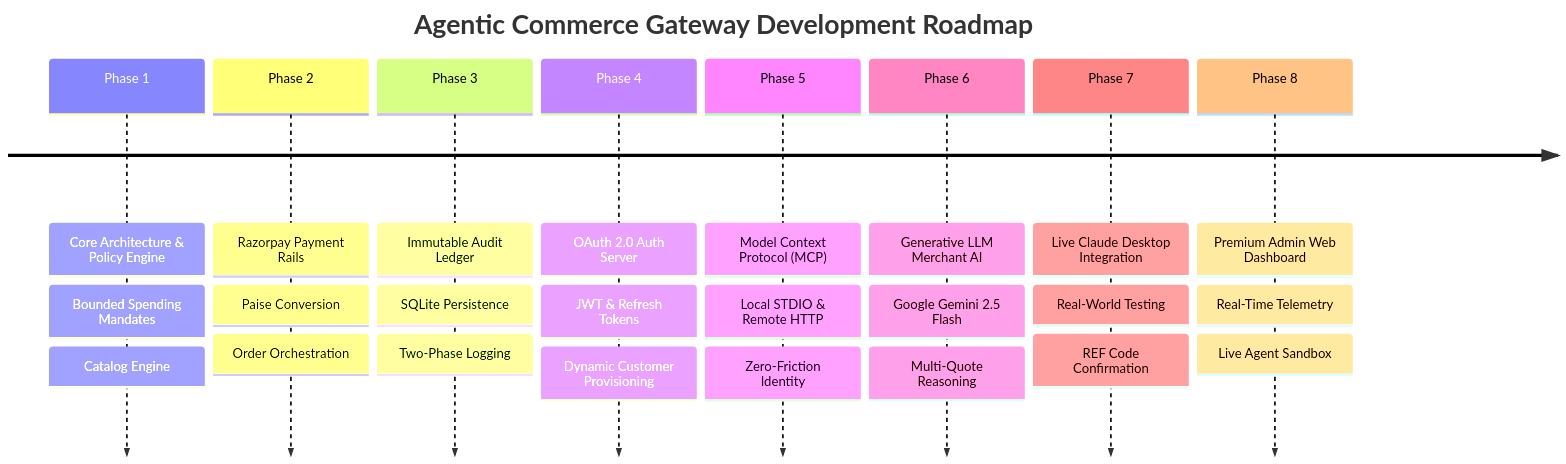
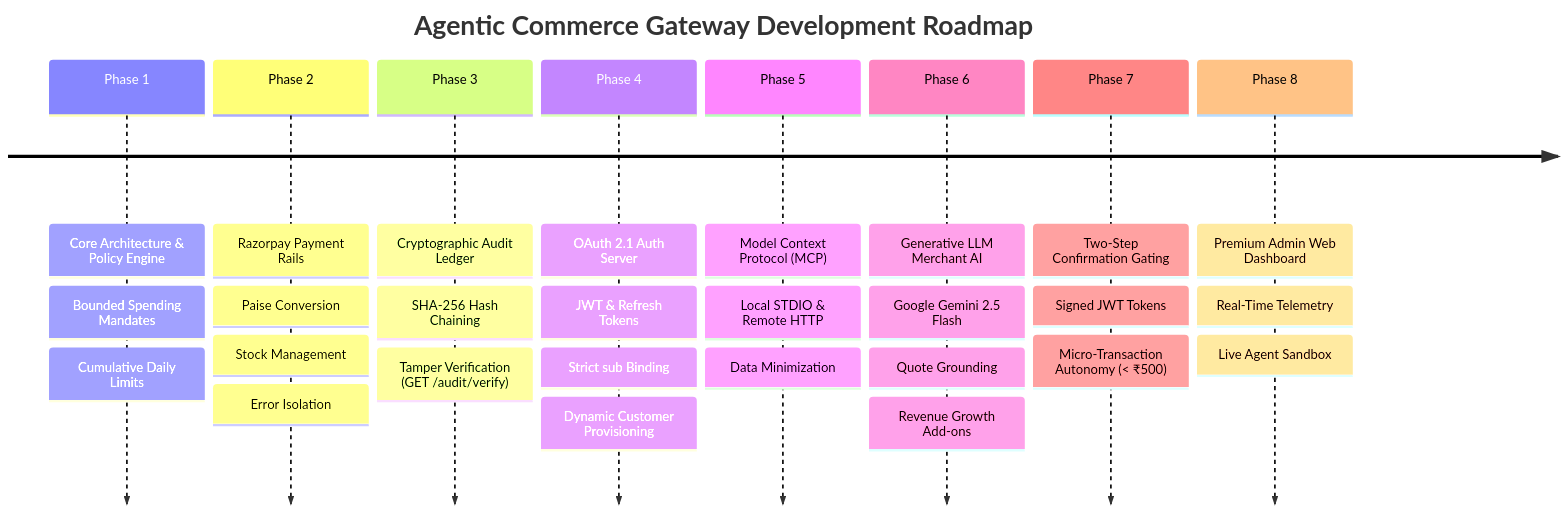
One commit to dinesh121005/RazorPay changed the first of 2 diagrams in PROJECT_REPORT.md. Above: the diagram before and after it, drawn with Mermaid. The commit also changed other lines of this file and 33 other files, not shown here.

````diff
--- a/PROJECT_REPORT.md
+++ b/PROJECT_REPORT.md
@@ -28,12 +31,12 @@
 ```mermaid
 timeline
     title Agentic Commerce Gateway Development Roadmap
-    Phase 1 : Core Architecture & Policy Engine : Bounded Spending Mandates : Catalog Engine
-    Phase 2 : Razorpay Payment Rails : Paise Conversion : Order Orchestration
-    Phase 3 : Immutable Audit Ledger : SQLite Persistence : Two-Phase Logging
-    Phase 4 : OAuth 2.0 Auth Server : JWT & Refresh Tokens : Dynamic Customer Provisioning
-    Phase 5 : Model Context Protocol (MCP) : Local STDIO & Remote HTTP : Zero-Friction Identity
-    Phase 6 : Generative LLM Merchant AI : Google Gemini 2.5 Flash : Multi-Quote Reasoning
-    Phase 7 : Live Claude Desktop Integration : Real-World Testing : REF Code Confirmation
+    Phase 1 : Core Architecture & Policy Engine : Bounded Spending Mandates : Cumulative Daily Limits
+    Phase 2 : Razorpay Payment Rails : Paise Conversion : Stock Management : Error Isolation
+    Phase 3 : Cryptographic Audit Ledger : SHA-256 Hash Chaining : Tamper Verification (GET /audit/verify)
+    Phase 4 : OAuth 2.1 Auth Server : JWT & Refresh Tokens : Strict sub Binding : Dynamic Customer Provisioning
+    Phase 5 : Model Context Protocol (MCP) : Local STDIO & Remote HTTP : Data Minimization
+    Phase 6 : Generative LLM Merchant AI : Google Gemini 2.5 Flash : Quote Grounding : Revenue Growth Add-ons
+    Phase 7 : Two-Step Confirmation Gating : Signed JWT Tokens : Micro-Transaction Autonomy (< ₹500)
     Phase 8 : Premium Admin Web Dashboard : Real-Time Telemetry : Live Agent Sandbox
 ```
````
